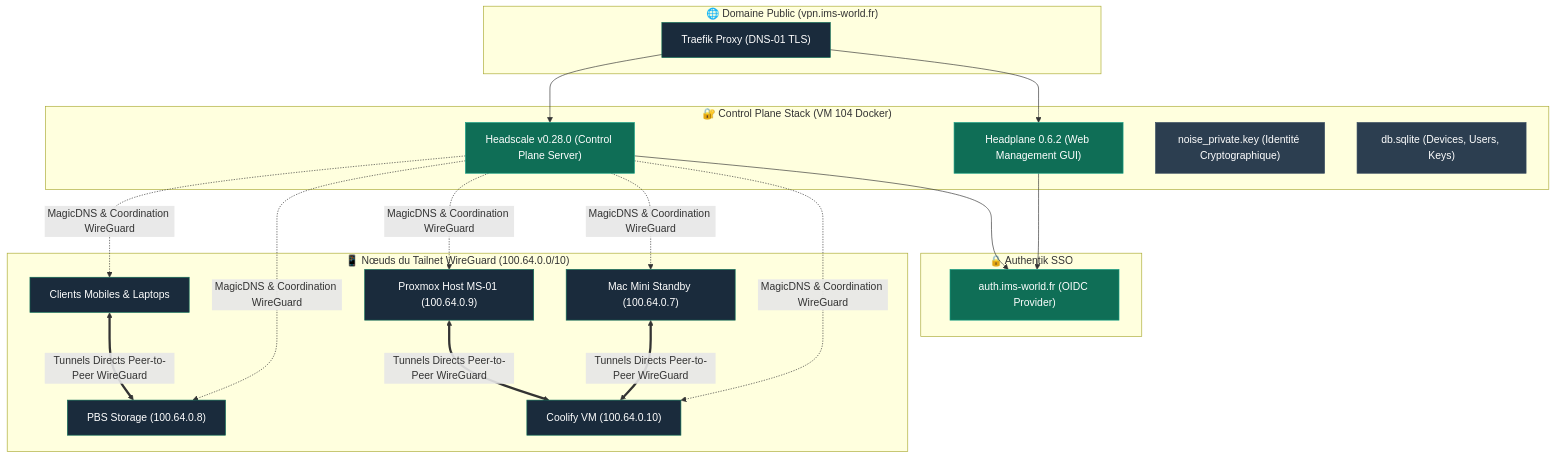
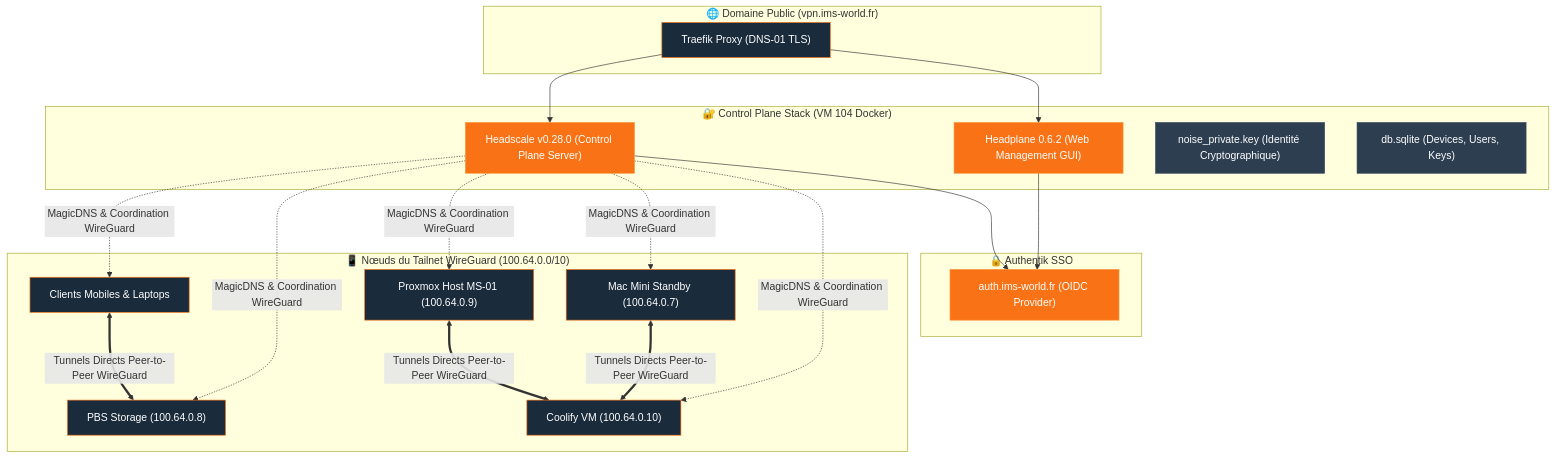
Before and after one commit to ims-world/docs: the diagram in services/headscale-headplane.md, drawn with Mermaid. The commit also changed other lines of this file and 5 other files, not shown here.

````diff
--- a/services/headscale-headplane.md
+++ b/services/headscale-headplane.md
@@ -21,47 +54,47 @@
 ```mermaid
 graph TB
     subgraph WAN_PUB ["🌐 Domaine Public (vpn.ims-world.fr)"]
         TRAEFIK["Traefik Proxy (DNS-01 TLS)"]
     end
 
     subgraph HEADSCALE_STACK ["🔐 Control Plane Stack (VM 104 Docker)"]
         HEADSCALE["Headscale v0.28.0 (Control Plane Server)"]
         HEADPLANE["Headplane 0.6.2 (Web Management GUI)"]
         NOISE_KEY["noise_private.key (Identité Cryptographique)"]
         DB_SQLITE["db.sqlite (Devices, Users, Keys)"]
     end
 
     subgraph OIDC_AUTH ["🔒 Authentik SSO"]
         AUTH_SRV["auth.ims-world.fr (OIDC Provider)"]
     end
 
     subgraph TAILNET_NODES ["📱 Nœuds du Tailnet WireGuard (100.64.0.0/10)"]
         MAC["Mac Mini Standby (100.64.0.7)"]
         PVE["Proxmox Host MS-01 (100.64.0.9)"]
         PBS["PBS Storage (100.64.0.8)"]
         COOL["Coolify VM (100.64.0.10)"]
         MOBILE["Clients Mobiles & Laptops"]
     end
 
     TRAEFIK --> HEADSCALE
     TRAEFIK --> HEADPLANE
     HEADPLANE --> AUTH_SRV
     HEADSCALE --> AUTH_SRV
 
     HEADSCALE -.->|MagicDNS & Coordination WireGuard| MAC
     HEADSCALE -.->|MagicDNS & Coordination WireGuard| PVE
     HEADSCALE -.->|MagicDNS & Coordination WireGuard| PBS
     HEADSCALE -.->|MagicDNS & Coordination WireGuard| COOL
     HEADSCALE -.->|MagicDNS & Coordination WireGuard| MOBILE
 
     MAC <==>|Tunnels Directs Peer-to-Peer WireGuard| COOL
     PVE <==>|Tunnels Directs Peer-to-Peer WireGuard| COOL
     MOBILE <==>|Tunnels Directs Peer-to-Peer WireGuard| PBS
 
-    classDef srv fill:#0F6E56,stroke:#16A085,color:#fff;
+    classDef srv fill:#F97316,stroke:#FB923C,color:#fff;
     classDef key fill:#2c3e50,stroke:#34495e,color:#fff;
-    classDef node fill:#1a2b3c,stroke:#0F6E56,color:#fff;
+    classDef node fill:#1a2b3c,stroke:#F97316,color:#fff;
     class HEADSCALE,HEADPLANE,AUTH_SRV srv;
     class NOISE_KEY,DB_SQLITE key;
     class MAC,PVE,PBS,COOL,MOBILE node;
 ```
````
